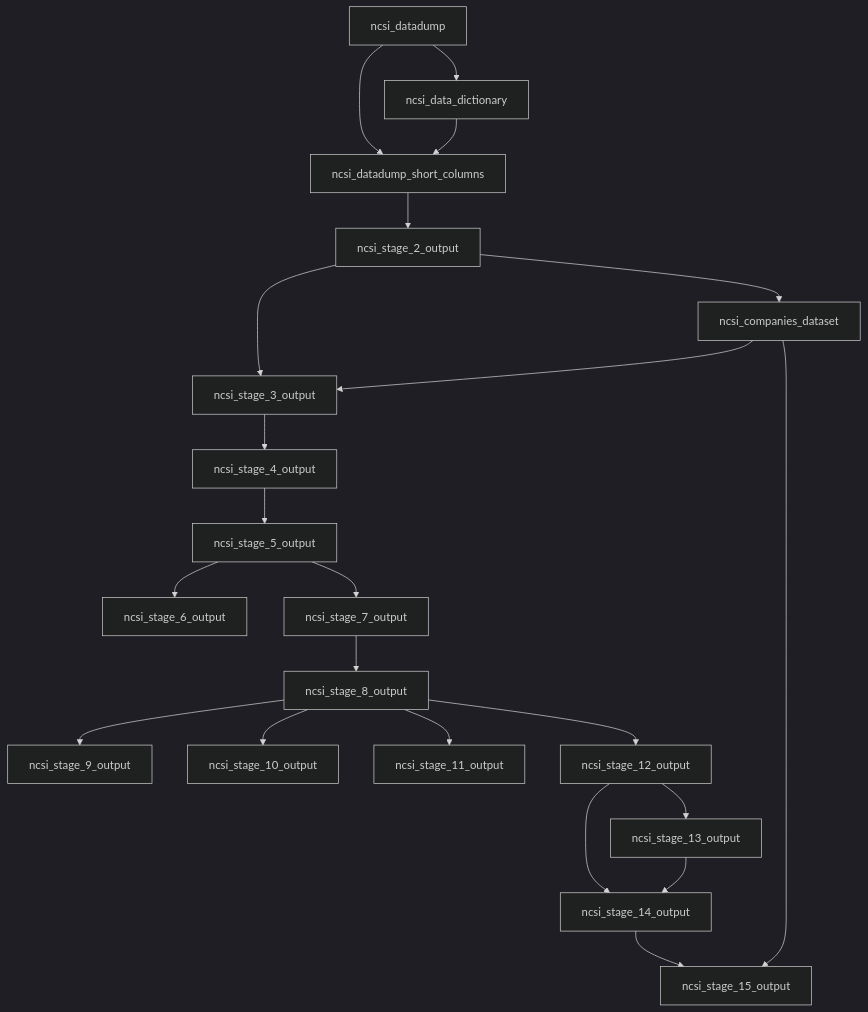
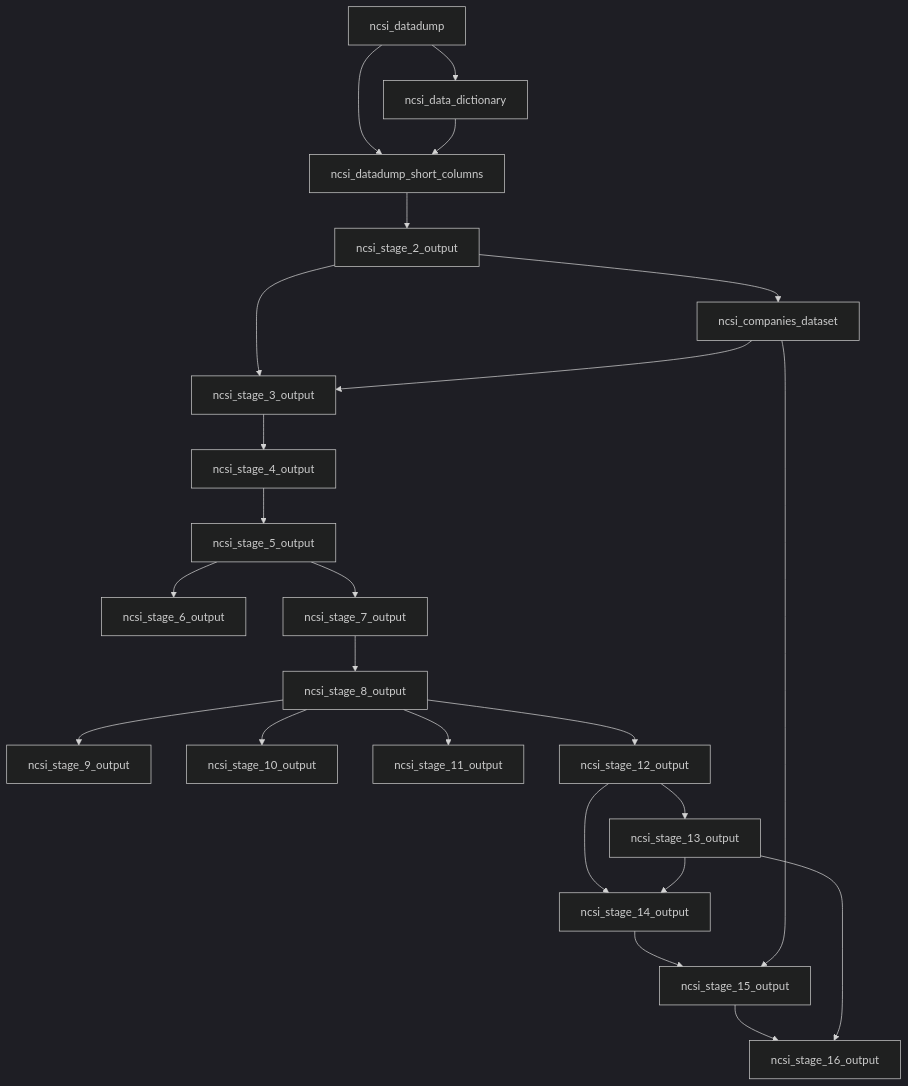
One commit to techsupport-Apercu/Dagster-Data-Quality-Standards-Verification-Project changed the diagram in Dagster/README.md. Above: the diagram before and after it, drawn with Mermaid (dark theme). The commit also changed other lines of this file and 7 other files, not shown here.

````diff
--- a/Dagster/README.md
+++ b/Dagster/README.md
@@ -7,24 +7,26 @@
 ```mermaid
 graph TD
      A[ncsi_datadump] --> B[ncsi_data_dictionary]
      A --> C[ncsi_datadump_short_columns]
      B --> C
     C --> D[ncsi_stage_2_output]
      D --> E[ncsi_companies_dataset]
      D --> F[ncsi_stage_3_output]
      E --> F
      F --> G[ncsi_stage_4_output]
      G --> H[ncsi_stage_5_output]
     H --> I[ncsi_stage_6_output]
     H --> J[ncsi_stage_7_output]
     J --> K[ncsi_stage_8_output]
     K --> L[ncsi_stage_9_output]
     K --> M[ncsi_stage_10_output]
     K --> N[ncsi_stage_11_output]
     K --> O[ncsi_stage_12_output]
     O --> P[ncsi_stage_13_output]
     O --> Q[ncsi_stage_14_output]
     P --> Q
     Q --> R[ncsi_stage_15_output]
     E --> R
+    R --> S[ncsi_stage_16_output]
+    P --> S
 ```
````
